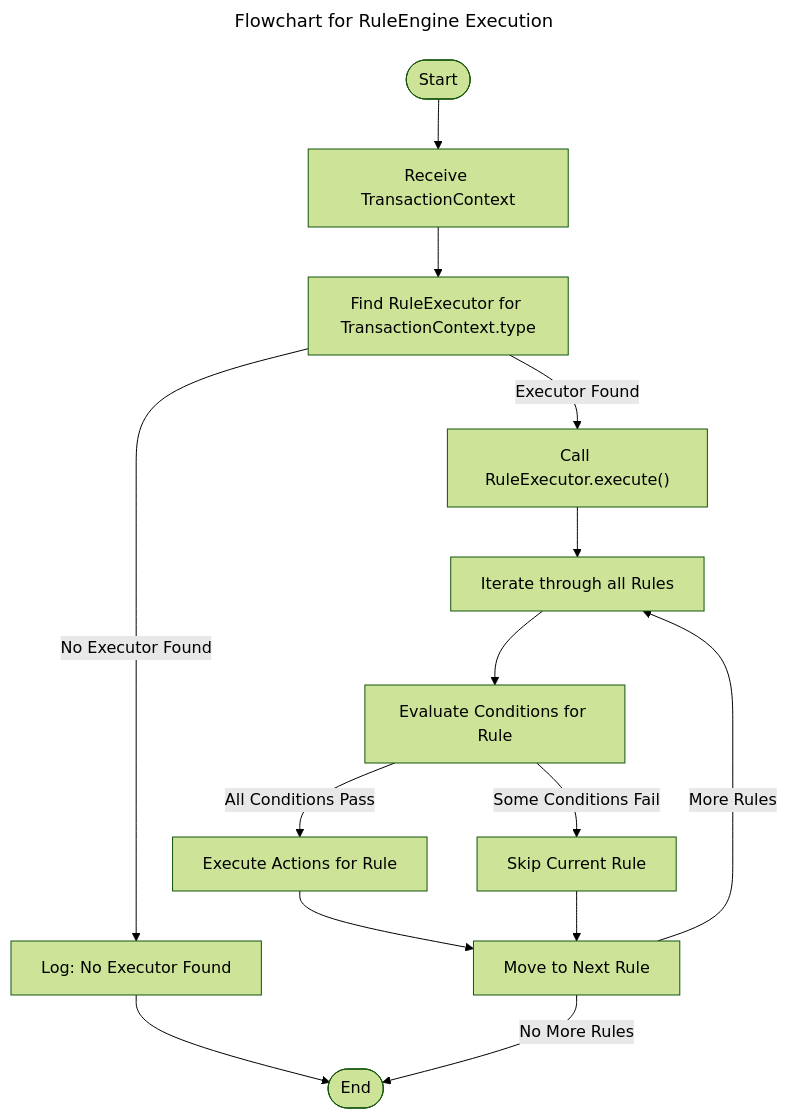
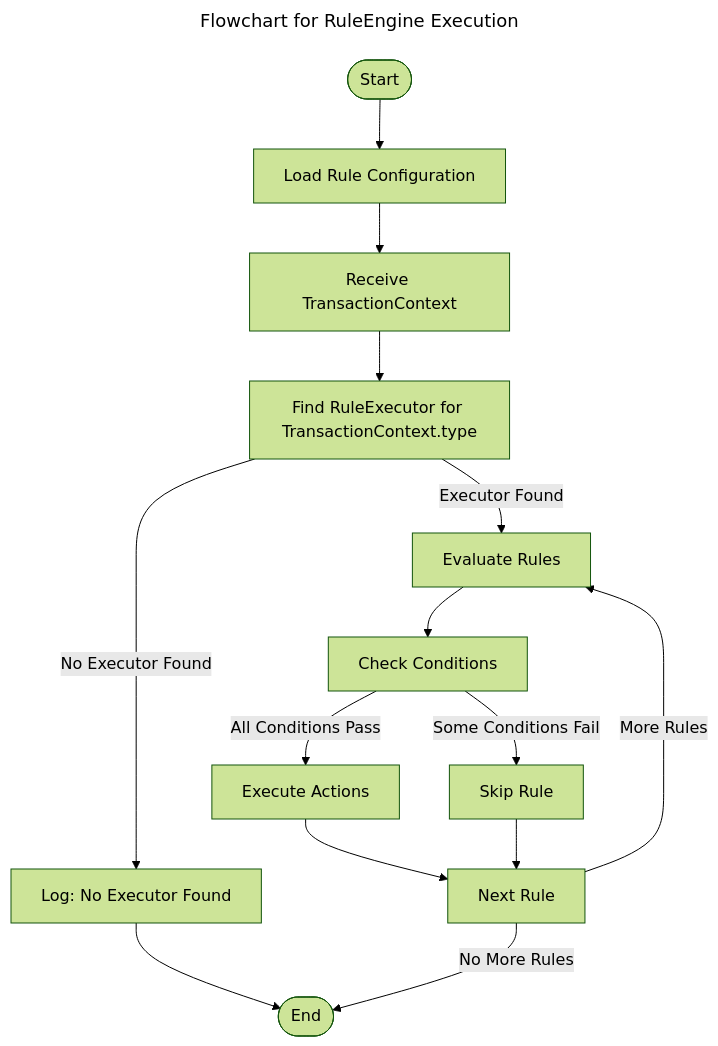
The second of 3 diagrams in README.md (thanhtrixx/rule-engine), drawn with Mermaid (forest theme) before and after one commit. The commit also changed other lines of this file, not shown here.

````diff
--- a/README.md
+++ b/README.md
@@ -166,22 +187,22 @@
 ```mermaid
 ---
 title: Flowchart for RuleEngine Execution
 ---
 flowchart TD
-    Start([Start]) --> GetTransaction[Receive TransactionContext]
-    GetTransaction --> FindExecutor[Find RuleExecutor for TransactionContext.type]
-    FindExecutor -->|Executor Found| CallExecutor["Call RuleExecutor.execute()"]
+    Start([Start]) --> LoadConfig[Load Rule Configuration]
+    LoadConfig --> ReceiveTransaction[Receive TransactionContext]
+    ReceiveTransaction --> FindExecutor[Find RuleExecutor for TransactionContext.type]
+    FindExecutor -->|Executor Found| EvaluateRules[Evaluate Rules]
     FindExecutor -->|No Executor Found| LogIgnored[Log: No Executor Found]
     LogIgnored --> End([End])
 
-    CallExecutor --> EvaluateRules[Iterate through all Rules]
-    EvaluateRules --> CheckConditions[Evaluate Conditions for Rule]
+    EvaluateRules --> CheckConditions[Check Conditions]
+    CheckConditions -->|All Conditions Pass| ExecuteActions[Execute Actions]
+    CheckConditions -->|Some Conditions Fail| SkipRule[Skip Rule]
 
-    CheckConditions -->|All Conditions Pass| ExecuteActions[Execute Actions for Rule]
-    CheckConditions -->|Some Conditions Fail| IgnoreRule[Skip Current Rule]
+    ExecuteActions --> NextRule[Next Rule]
+    SkipRule --> NextRule[Next Rule]
 
-    ExecuteActions --> NextRule[Move to Next Rule]
-    IgnoreRule --> NextRule
     NextRule -->|More Rules| EvaluateRules
     NextRule -->|No More Rules| End
 ```
````
